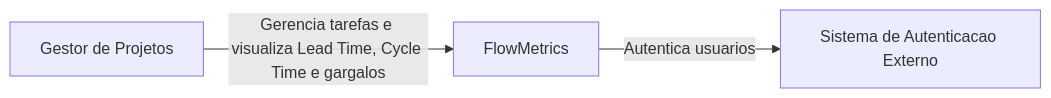
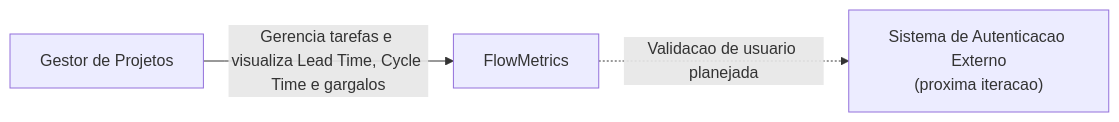
Before and after one commit to joaohprates/flow-metrics: the first of 4 diagrams in docs/arquitetura.md, drawn with Mermaid. The commit also changed other lines of this file and 34 other files, not shown here.

Commit message:
feat: migrar flowmetrics para stack real

````diff
--- a/docs/arquitetura.md
+++ b/docs/arquitetura.md
@@ -5,9 +5,9 @@
 ```mermaid
 flowchart LR
     gestor["Gestor de Projetos"]
     flow["FlowMetrics"]
-    auth["Sistema de Autenticacao Externo"]
+    auth["Sistema de Autenticacao Externo\n(proxima iteracao)"]
 
     gestor -->|"Gerencia tarefas e visualiza Lead Time, Cycle Time e gargalos"| flow
-    flow -->|"Autentica usuarios"| auth
+    flow -.->|"Validacao de usuario planejada"| auth
 ```
````
